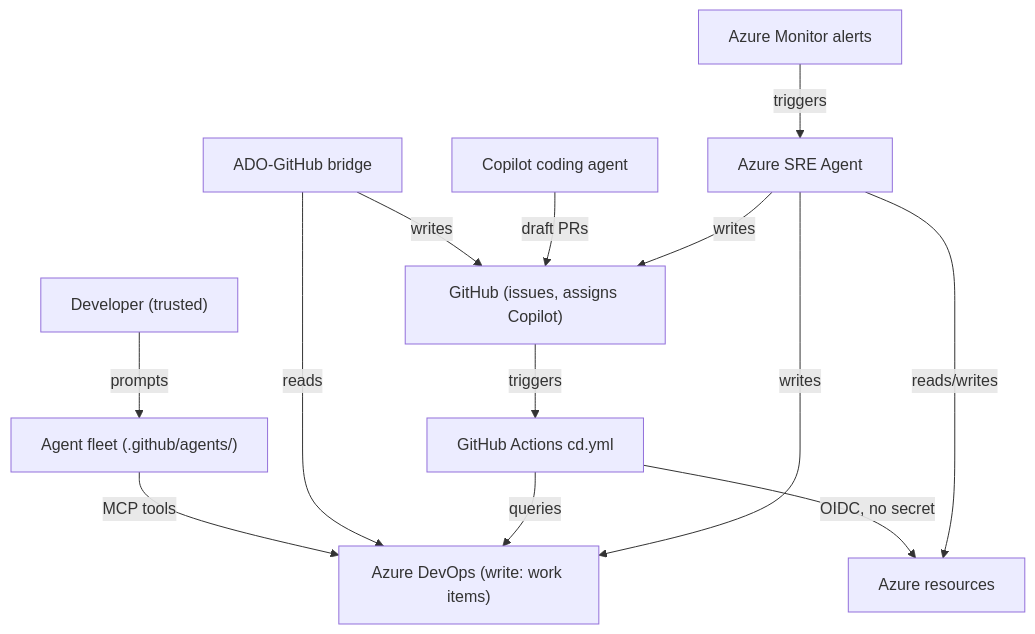
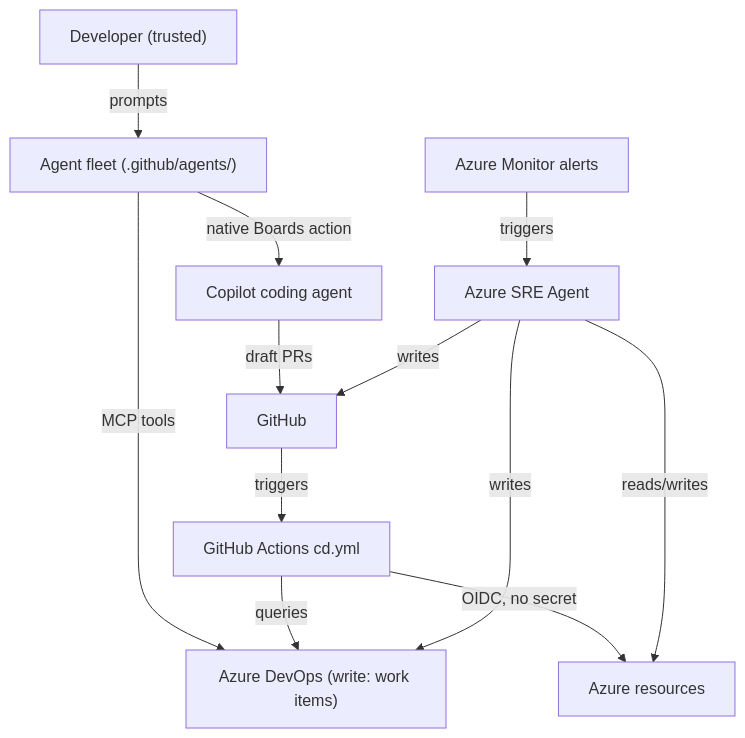
The diagram in docs/05-security-model.md (melrasheed/contoso-claims-agentic-sdlc), drawn with Mermaid before and after one commit. The commit also changed other lines of this file and 27 other files, not shown here.

````diff
--- a/docs/05-security-model.md
+++ b/docs/05-security-model.md
@@ -18,15 +17,14 @@
 ```mermaid
 flowchart TB
     Developer["Developer (trusted)"] -->|prompts| Agents["Agent fleet (.github/agents/)"]
     Agents -->|MCP tools| ADO["Azure DevOps (write: work items)"]
-    Bridge["ADO-GitHub bridge"] -->|reads| ADO
-    Bridge -->|writes| GH["GitHub (issues, assigns Copilot)"]
-    CopilotCoding["Copilot coding agent"] -->|draft PRs| GH
+    Agents -->|native Boards action| CopilotCoding["Copilot coding agent"]
+    CopilotCoding -->|draft PRs| GH["GitHub"]
     GH -->|triggers| Actions["GitHub Actions cd.yml"]
     Actions -->|queries| ADO
     Actions -->|OIDC, no secret| Azure["Azure resources"]
     SRE["Azure SRE Agent"] -->|reads/writes| Azure
     SRE -->|writes| GH
     SRE -->|writes| ADO
     AlertRule["Azure Monitor alerts"] -->|triggers| SRE
 ```
````
